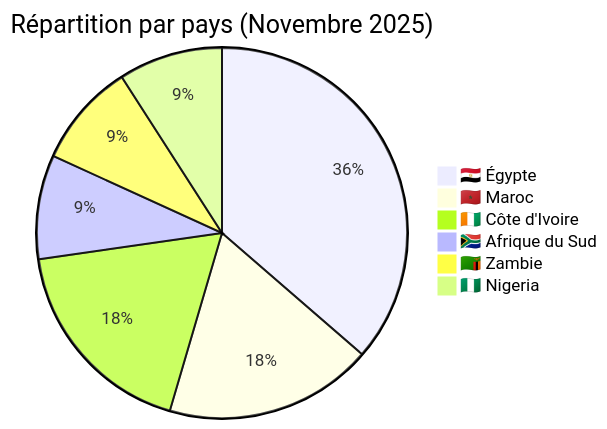
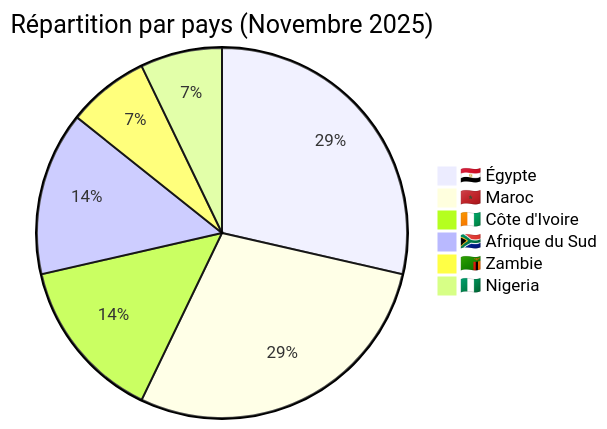
One commit to Hatchepsoute/AFRINTEL changed the third of 4 diagrams in CyberAttackAfrica/2025/11-november/README_FR.md. Above: the diagram before and after it, drawn with Mermaid. The commit also changed other lines of this file and 255 other files, not shown here.

````diff
--- a/CyberAttackAfrica/2025/11-november/README_FR.md
+++ b/CyberAttackAfrica/2025/11-november/README_FR.md
@@ -106,9 +111,9 @@
 ```mermaid
 pie title Répartition par pays (Novembre 2025)
     "🇪🇬 Égypte" : 4
-    "🇲🇦 Maroc" : 2
+    "🇲🇦 Maroc" : 4
     "🇨🇮 Côte d'Ivoire" : 2
-    "🇿🇦 Afrique du Sud" : 1
+    "🇿🇦 Afrique du Sud" : 2
     "🇿🇲 Zambie" : 1
     "🇳🇬 Nigeria" : 1
 ```
````
